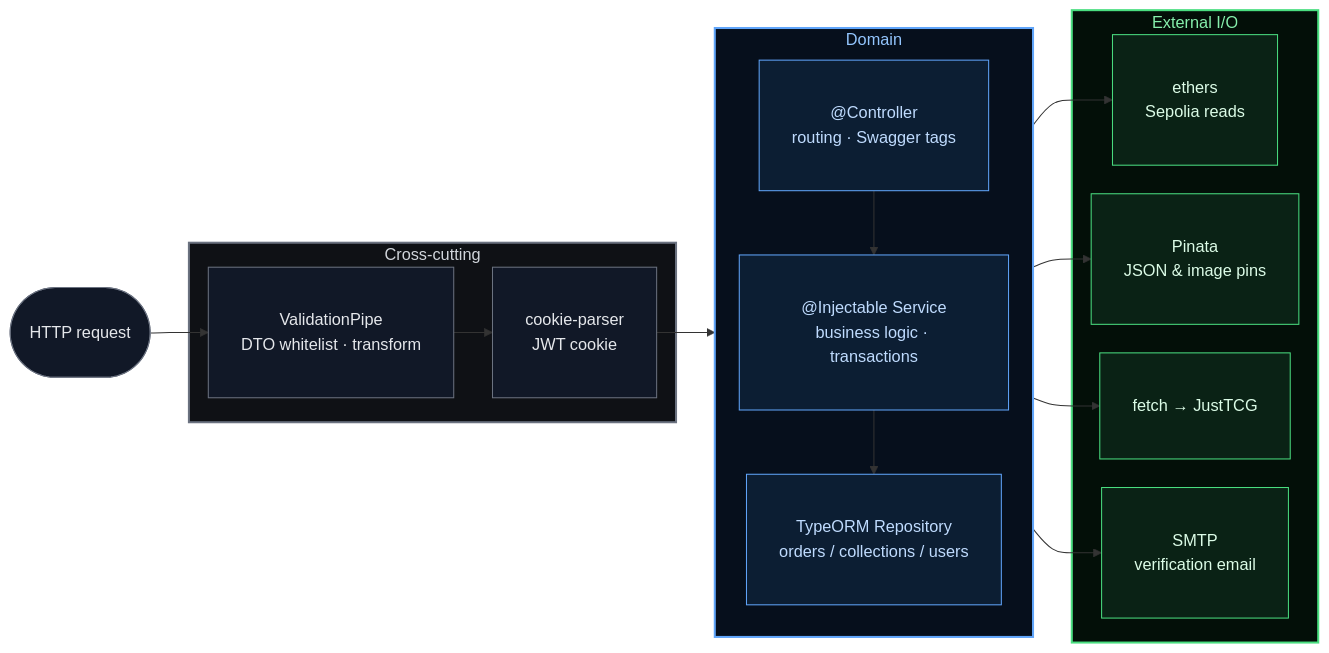
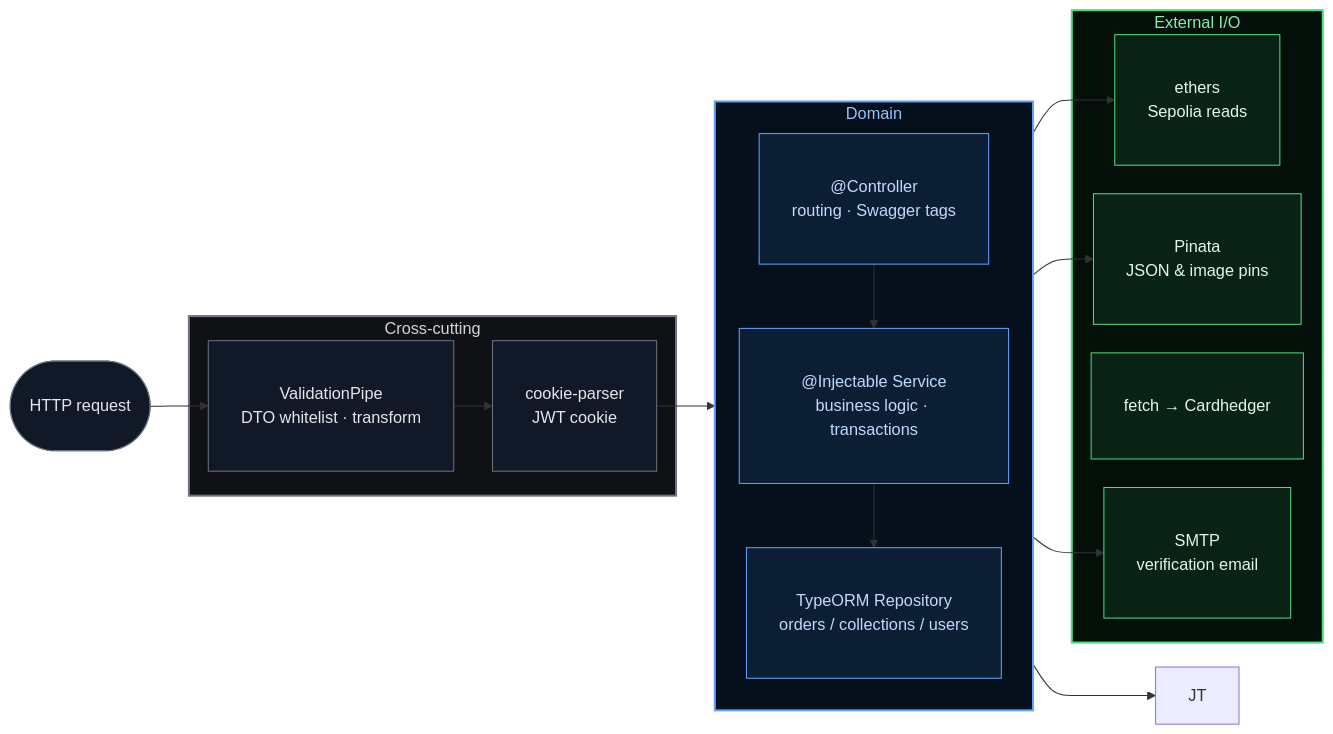
One commit to tokenable-dev/tokenable-dev changed diagram 11 of 11 in docs/diagrams/marketplace-lifecycle.en.md. Above: the diagram before and after it, drawn with Mermaid. The commit also changed other lines of this file and 178 other files, not shown here.

````diff
--- a/docs/diagrams/marketplace-lifecycle.en.md
+++ b/docs/diagrams/marketplace-lifecycle.en.md
@@ -802,40 +802,40 @@
 ```mermaid
 %%{init: {'flowchart': {'rankSpacing': 38, 'nodeSpacing': 28, 'padding': 16}}}%%
 flowchart LR
     classDef pipe fill:#111827,stroke:#6b7280,color:#e5e7eb,padding:8px 14px
     classDef app  fill:#1f1a00,stroke:#fbbf24,color:#fef3c7,padding:8px 14px
     classDef dom  fill:#0c1e33,stroke:#60a5fa,color:#bfdbfe,padding:8px 14px
     classDef io   fill:#0a2215,stroke:#4ade80,color:#dcfce7,padding:8px 14px
 
     REQ(["HTTP request"]):::pipe
 
     subgraph L1 ["Cross-cutting"]
         VP["ValidationPipe<br/>DTO whitelist · transform"]:::pipe
         CK["cookie-parser<br/>JWT cookie"]:::pipe
     end
 
     subgraph L2 ["Domain"]
         direction TB
         CT["@Controller<br/>routing · Swagger tags"]:::dom
         SV["@Injectable Service<br/>business logic · transactions"]:::dom
         REP["TypeORM Repository<br/>orders / collections / users"]:::dom
         CT --> SV --> REP
     end
 
     subgraph L3 ["External I/O"]
         ETH["ethers<br/>Sepolia reads"]:::io
         PIN["Pinata<br/>JSON & image pins"]:::io
-        JT["fetch → JustTCG"]:::io
+        CH["fetch → Cardhedger"]:::io
         MAIL["SMTP<br/>verification email"]:::io
     end
 
     REQ --> VP --> CK --> CT
     SV --> ETH
     SV --> PIN
     SV --> JT
     SV --> MAIL
 
     style L1 fill:#0f1115,stroke:#6b7280,stroke-width:2px,color:#d1d5db
     style L2 fill:#060f1c,stroke:#60a5fa,stroke-width:2px,color:#93c5fd
     style L3 fill:#030f08,stroke:#4ade80,stroke-width:2px,color:#86efac
 ```
````
